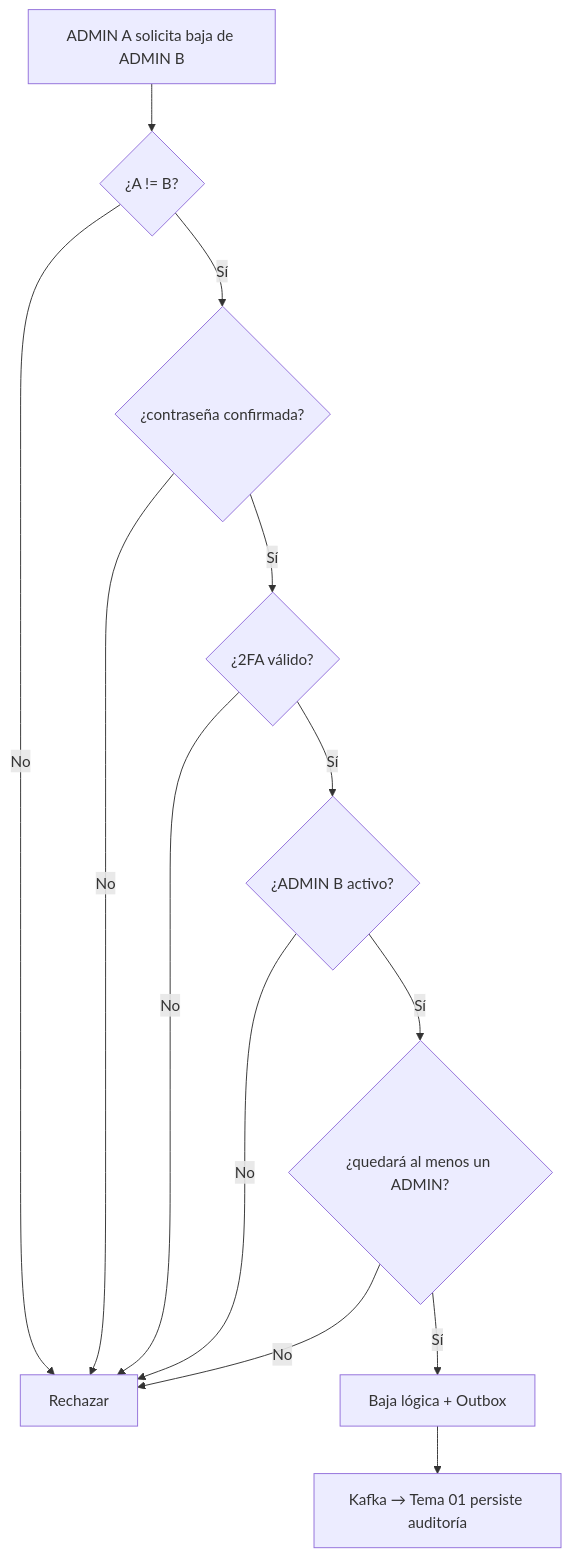
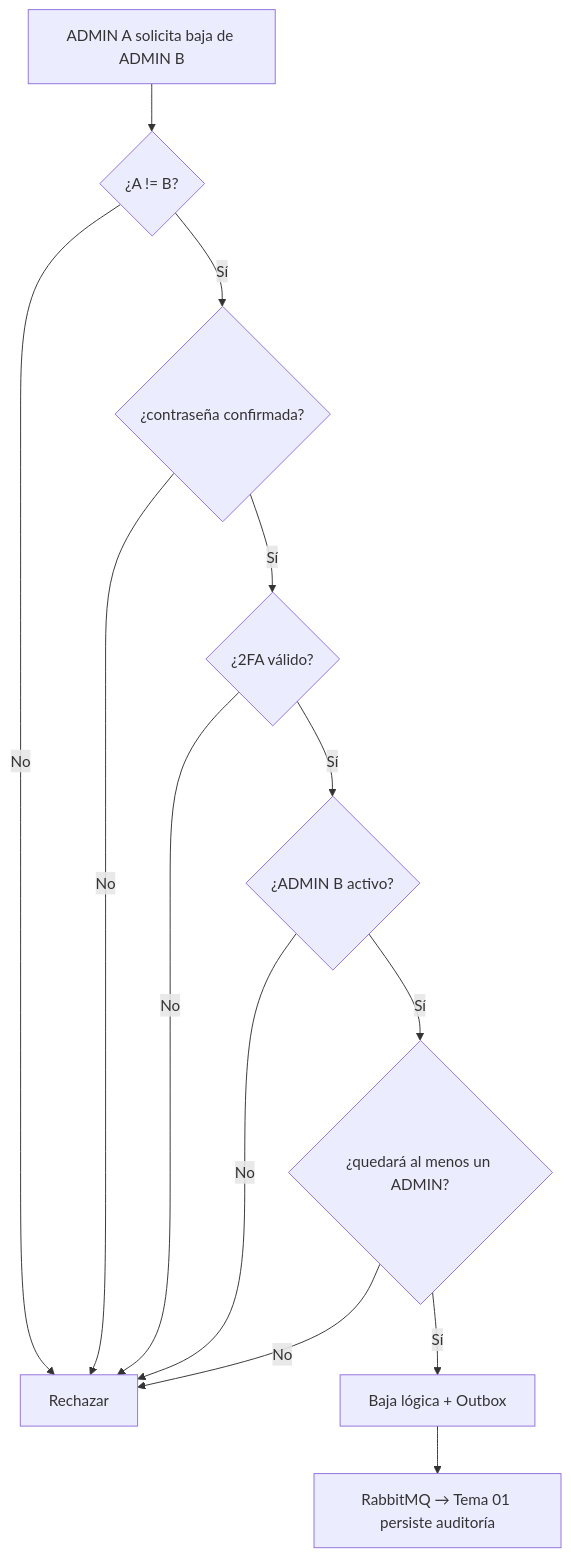
The sixth of 6 diagrams in docs/backend/arquitectura/comunicacion.md (2W2-114324-Carballo-Juarez-Mateo/backoffice-docs), drawn with Mermaid before and after one commit. The commit also changed other lines of this file and 18 other files, not shown here.

````diff
--- a/docs/backend/arquitectura/comunicacion.md
+++ b/docs/backend/arquitectura/comunicacion.md
@@ -161,15 +161,15 @@
 ```mermaid
 flowchart TD
     A[ADMIN A solicita baja de ADMIN B] --> B{¿A != B?}
     B -- No --> X[Rechazar]
     B -- Sí --> C{¿contraseña confirmada?}
     C -- No --> X
     C -- Sí --> D{¿2FA válido?}
     D -- No --> X
     D -- Sí --> E{¿ADMIN B activo?}
     E -- No --> X
     E -- Sí --> F{¿quedará al menos un ADMIN?}
     F -- No --> X
     F -- Sí --> G[Baja lógica + Outbox]
-    G --> H[Kafka → Tema 01 persiste auditoría]
+    G --> H[RabbitMQ → Tema 01 persiste auditoría]
 ```
````
